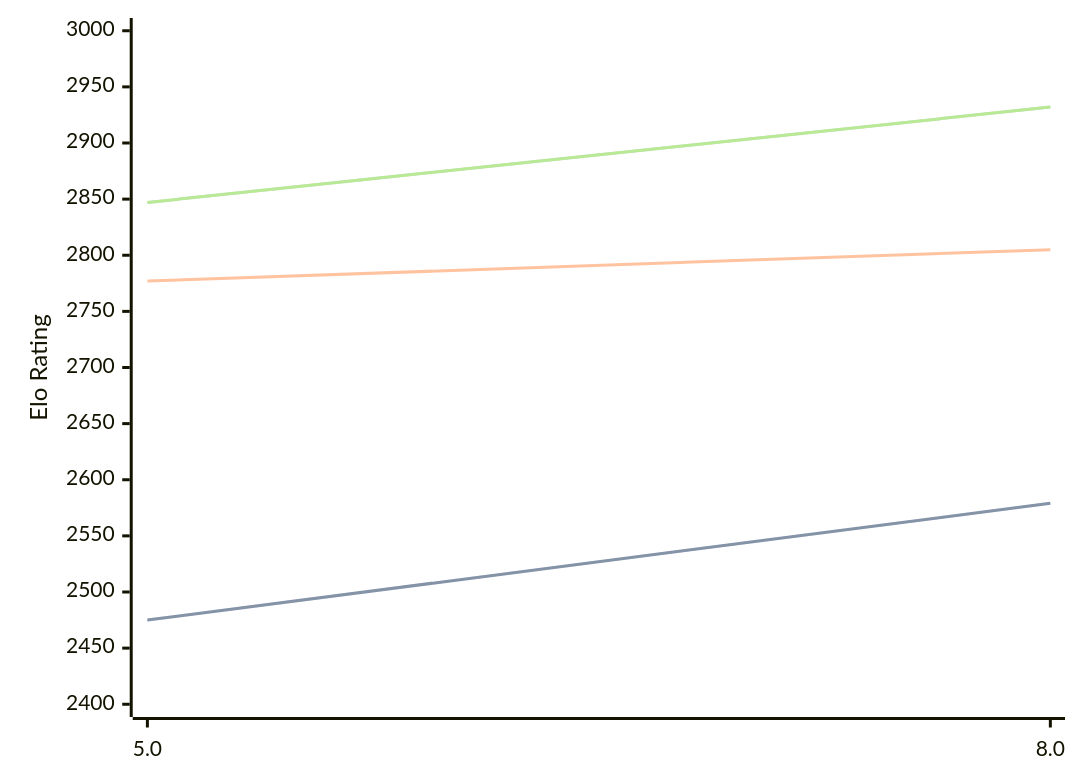
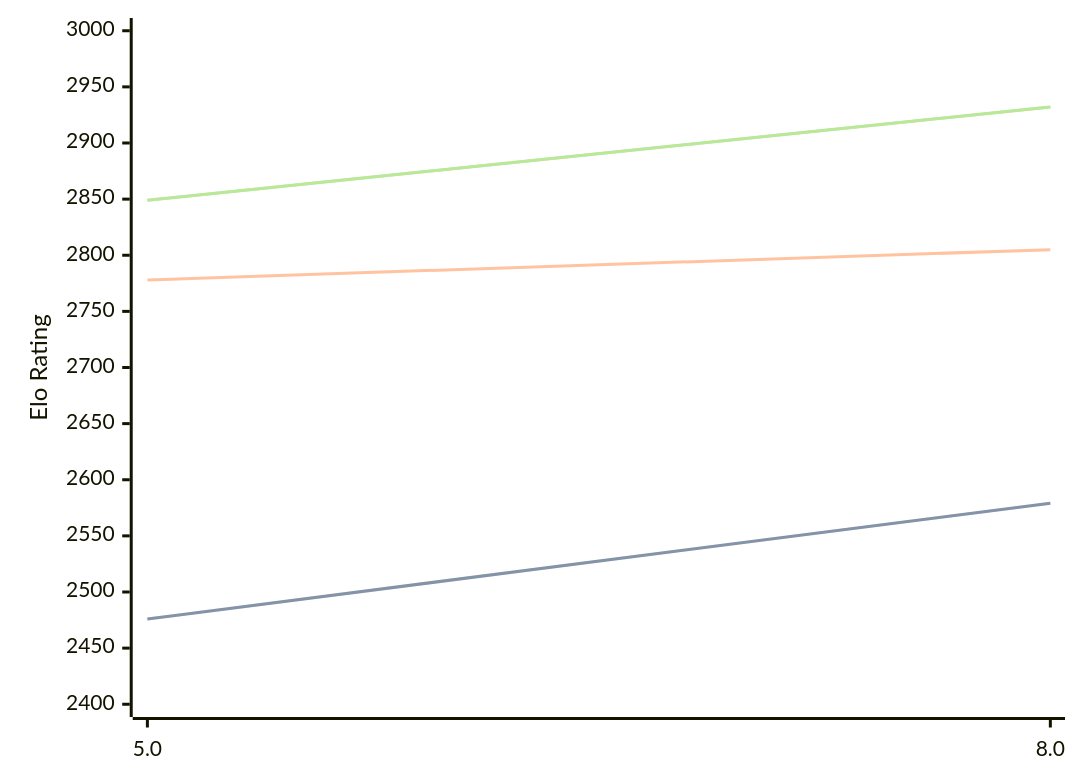
One commit to computer-chess-index/cci changed the diagram in engines/4kc.md. Above: the diagram before and after it, drawn with Mermaid. The commit also changed other lines of this file, not shown here.

Commit message:
Update CCI Ratings (ELO VLTC) - 2026-05-21

````diff
--- a/engines/4kc.md
+++ b/engines/4kc.md
@@ -41,11 +41,11 @@
 ```mermaid
 %%{init: {"theme":"base","themeVariables":{"seriesColors:['#a3a3a3','#222221','#faa371']}}}%%
 xychart-beta
   x-axis ["5.0", "8.0"]
   y-axis "Elo Rating" 2400 --> 3000
-  line "STC (8.0+0.08s)" [2475, 2579]
-  line "STC (8.0+0.08s)" [2475, 2579]
-  line "LTC (60.0+0.60s)" [2777, 2805]
-  line "VLTC (2m24s+1.12s)" [2847, 2932]
-  line "VLTC (2m24s+1.12s)" [2847, 2932]
+  line "STC (8.0+0.08s)" [2476, 2579]
+  line "STC (8.0+0.08s)" [2476, 2579]
+  line "LTC (60.0+0.60s)" [2778, 2805]
+  line "VLTC (2m24s+1.12s)" [2849, 2932]
+  line "VLTC (2m24s+1.12s)" [2849, 2932]
 ```
````
